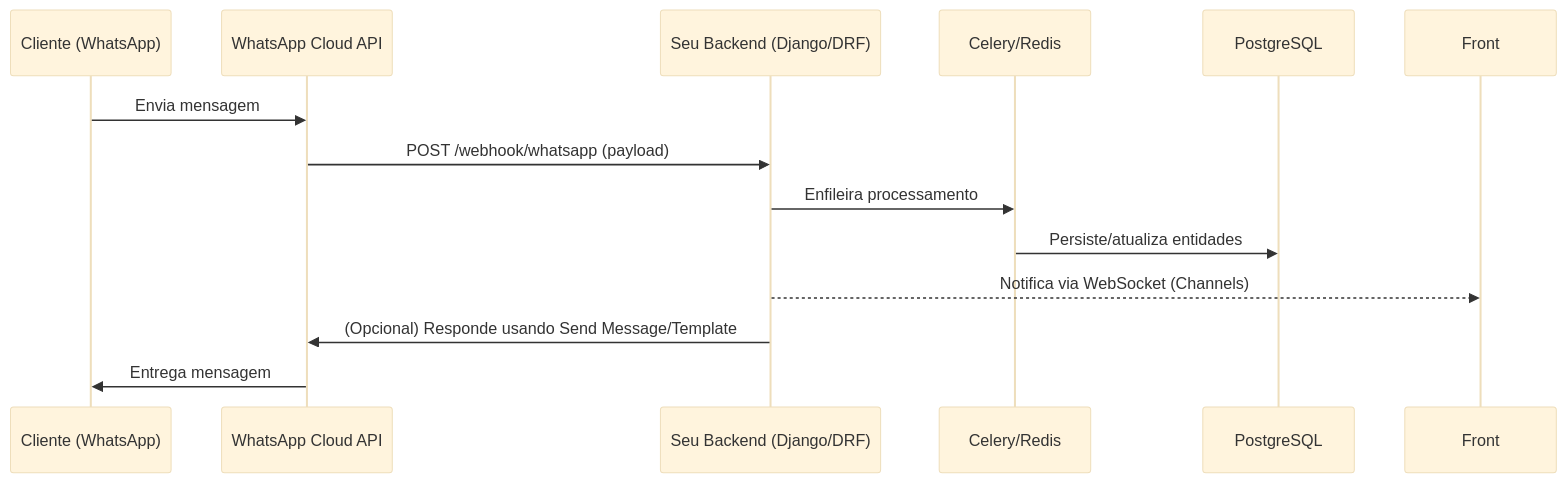
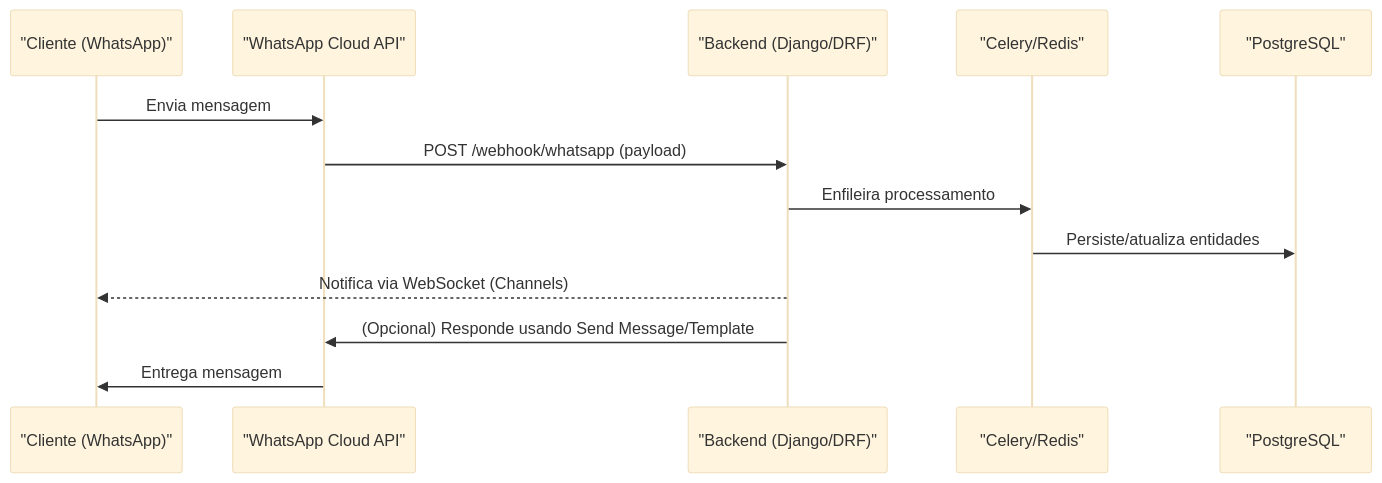
Before and after one commit to Kaique425/backend_messenger_app: the second of 2 diagrams in README.md, drawn with Mermaid (base theme).

````diff
--- a/README.md
+++ b/README.md
@@ -168,16 +168,16 @@
 ```mermaid
 sequenceDiagram
-  participant C as Cliente (WhatsApp)
-  participant W as WhatsApp Cloud API
-  participant S as Seu Backend (Django/DRF)
-  participant Q as Celery/Redis
-  participant DB as PostgreSQL
+  participant C as "Cliente (WhatsApp)"
+  participant W as "WhatsApp Cloud API"
+  participant S as "Backend (Django/DRF)"
+  participant Q as "Celery/Redis"
+  participant DB as "PostgreSQL"
 
   C->>W: Envia mensagem
   W->>S: POST /webhook/whatsapp (payload)
   S->>Q: Enfileira processamento
   Q->>DB: Persiste/atualiza entidades
-  S-->>Front: Notifica via WebSocket (Channels)
+  S-->>C: Notifica via WebSocket (Channels)
   S->>W: (Opcional) Responde usando Send Message/Template
   W->>C: Entrega mensagem
 ```
````
